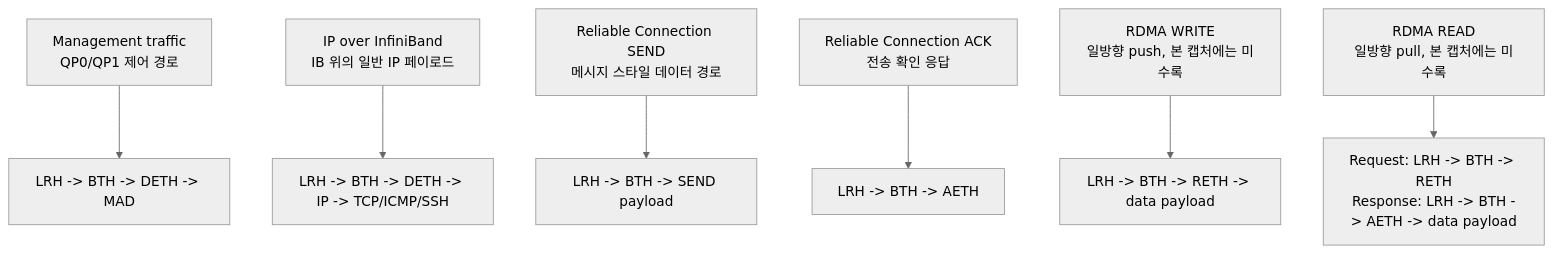
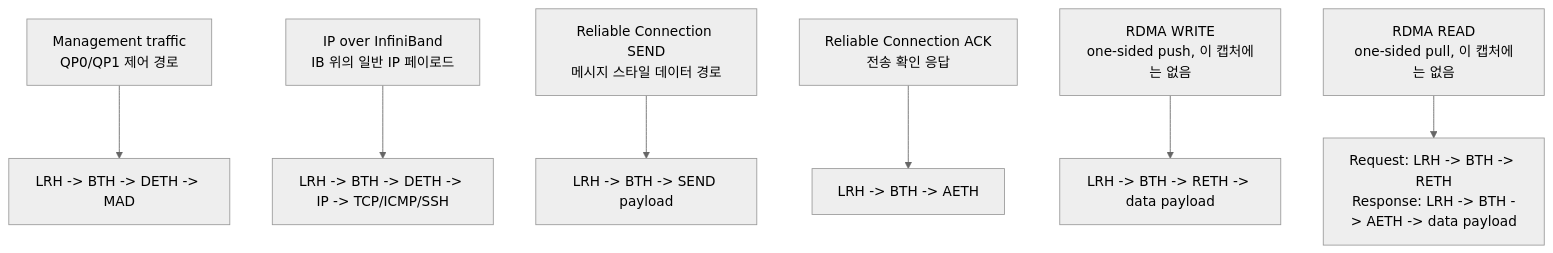
One commit to ziwon/ai-data-center-network changed the fourth of 9 diagrams in ai-data-center-network/ib-packet-analysis/README_KO.md. Above: the diagram before and after it, drawn with Mermaid (neutral theme). The commit also changed other lines of this file and 1 other file, not shown here.

````diff
--- a/ai-data-center-network/ib-packet-analysis/README_KO.md
+++ b/ai-data-center-network/ib-packet-analysis/README_KO.md
@@ -423,22 +423,22 @@
 ```mermaid
 flowchart TB
     MGMT["Management traffic<br/>QP0/QP1 제어 경로"]
     MGMT_SEQ["LRH -> BTH -> DETH -> MAD"]
     IPOIB["IP over InfiniBand<br/>IB 위의 일반 IP 페이로드"]
     IPOIB_SEQ["LRH -> BTH -> DETH -> IP -> TCP/ICMP/SSH"]
     RC_SEND["Reliable Connection SEND<br/>메시지 스타일 데이터 경로"]
     RC_SEND_SEQ["LRH -> BTH -> SEND payload"]
     RC_ACK["Reliable Connection ACK<br/>전송 확인 응답"]
     RC_ACK_SEQ["LRH -> BTH -> AETH"]
-    RDMA_WRITE["RDMA WRITE<br/>일방향 push, 본 캡처에는 미수록"]
+    RDMA_WRITE["RDMA WRITE<br/>one-sided push, 이 캡처에는 없음"]
     RDMA_WRITE_SEQ["LRH -> BTH -> RETH -> data payload"]
-    RDMA_READ["RDMA READ<br/>일방향 pull, 본 캡처에는 미수록"]
+    RDMA_READ["RDMA READ<br/>one-sided pull, 이 캡처에는 없음"]
     RDMA_READ_SEQ["Request: LRH -> BTH -> RETH<br/>Response: LRH -> BTH -> AETH -> data payload"]
 
     MGMT --> MGMT_SEQ
     IPOIB --> IPOIB_SEQ
     RC_SEND --> RC_SEND_SEQ
     RC_ACK --> RC_ACK_SEQ
     RDMA_WRITE --> RDMA_WRITE_SEQ
     RDMA_READ --> RDMA_READ_SEQ
 ```
````
